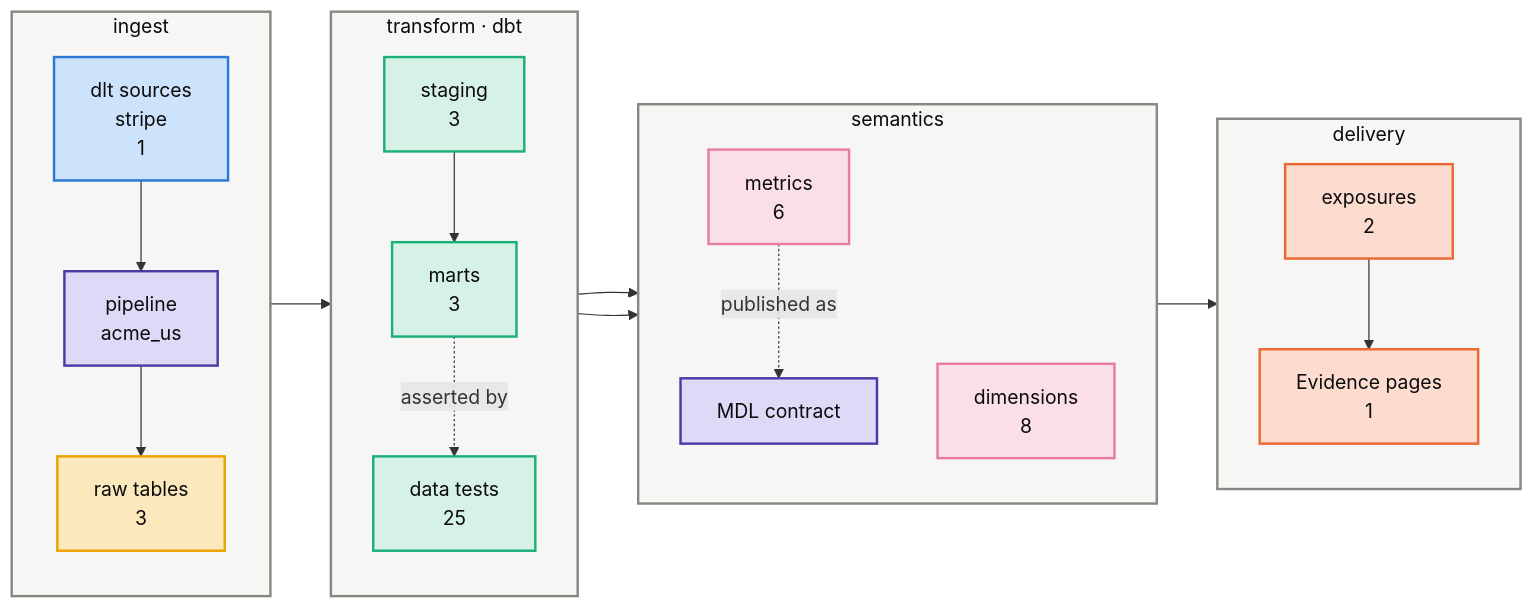
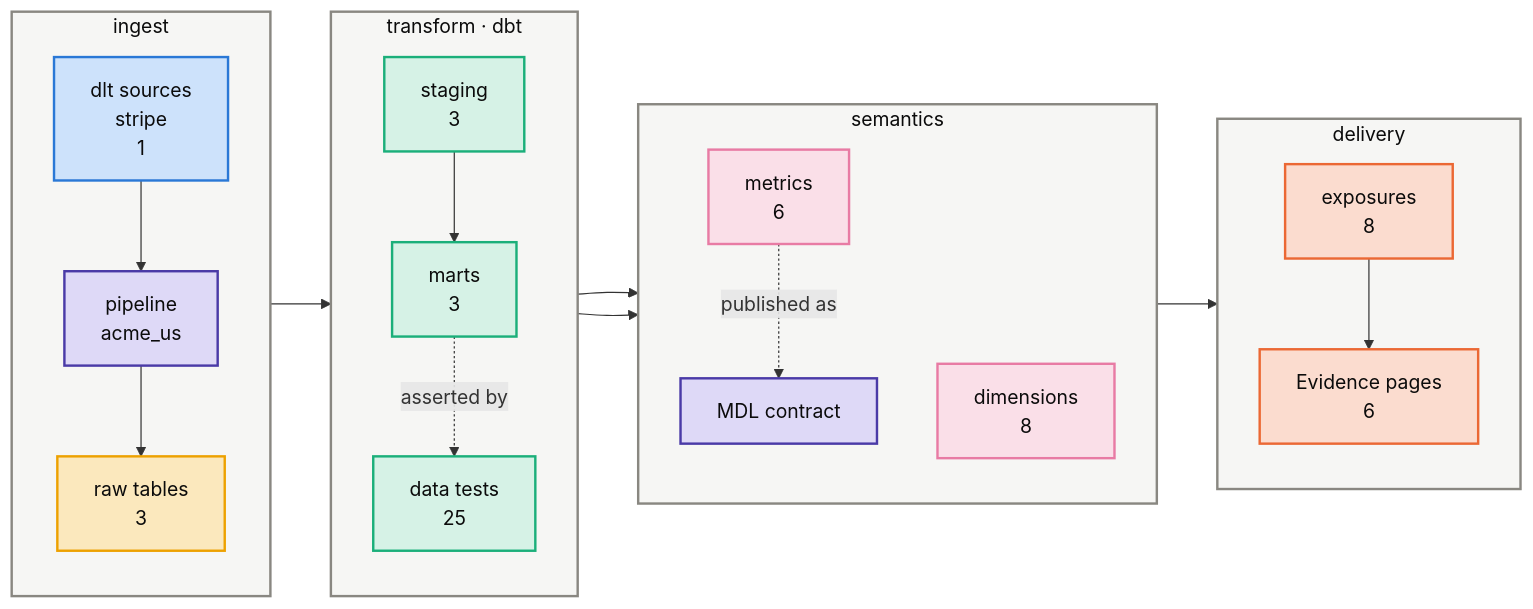
The first of 3 diagrams in groups/acme/projects/acme-us/kg/architecture.md (Atomz-org/data-platform), drawn with Mermaid before and after one commit. The commit also changed other lines of this file and 8 other files, not shown here.

````diff
--- a/groups/acme/projects/acme-us/kg/architecture.md
+++ b/groups/acme/projects/acme-us/kg/architecture.md
@@ -10,41 +10,41 @@
 ```mermaid
 flowchart LR
     subgraph LI["ingest"]
         direction TB
         I1["dlt sources<br/>stripe<br/>1"]:::ingress
         I2["pipeline<br/>acme_us"]:::platform
         I3["raw tables<br/>3"]:::raw
     end
     subgraph LT["transform · dbt"]
         direction TB
         T1["staging<br/>3"]:::model
         T2["marts<br/>3"]:::model
         T3["data tests<br/>25"]:::model
     end
     subgraph LS["semantics"]
         direction TB
         S1["metrics<br/>6"]:::metric
         S2["dimensions<br/>8"]:::metric
         S3["MDL contract"]:::platform
     end
     subgraph LD["delivery"]
         direction TB
-        D1["exposures<br/>2"]:::exposure
-        D2["Evidence pages<br/>1"]:::exposure
+        D1["exposures<br/>8"]:::exposure
+        D2["Evidence pages<br/>6"]:::exposure
     end
     I1 --> I2 --> I3 --> T1 --> T2
     T2 --> S1 --> D1 --> D2
     T2 --> S2
     S1 -.published as.-> S3
     T2 -.asserted by.-> T3
     classDef ingress fill:#cde2fb,stroke:#2a78d6,stroke-width:2px,color:#0b0b0b
     classDef platform fill:#ded9f7,stroke:#4a3aa7,stroke-width:2px,color:#0b0b0b
     classDef raw fill:#fbe8bd,stroke:#eda100,stroke-width:2px,color:#0b0b0b
     classDef model fill:#d6f2e6,stroke:#1baf7a,stroke-width:2px,color:#0b0b0b
     classDef metric fill:#fadfe8,stroke:#e87ba4,stroke-width:2px,color:#0b0b0b
     classDef exposure fill:#fbdccf,stroke:#eb6834,stroke-width:2px,color:#0b0b0b
     classDef neutral fill:#e8e7e2,stroke:#898781,stroke-width:2px,color:#0b0b0b
     classDef project fill:#e3eefc,stroke:#2a78d6,stroke-width:2px,color:#0b0b0b
     classDef lane fill:#f6f6f4,stroke:#898781,stroke-width:2px,color:#0b0b0b
     class LI,LT,LS,LD lane
 ```
````
